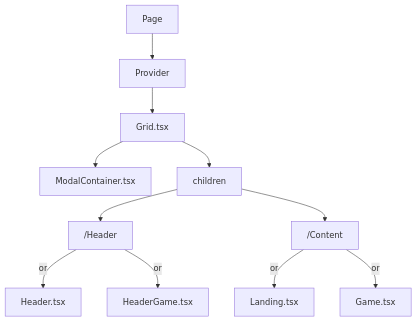
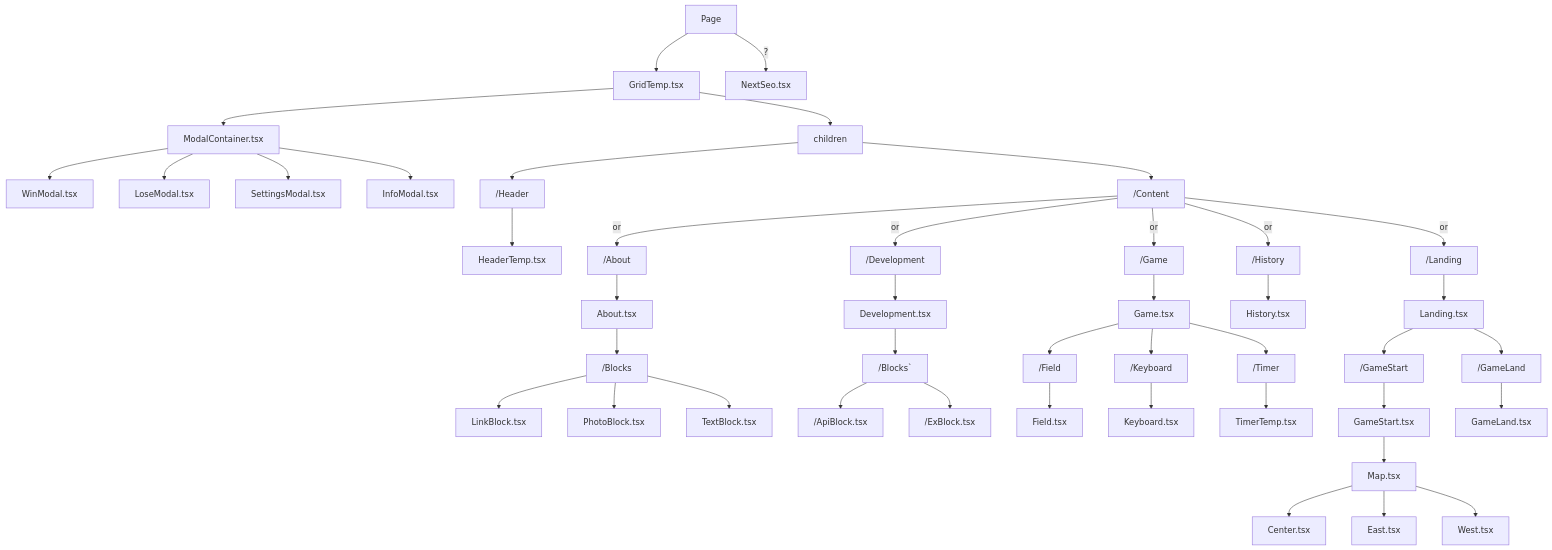
One commit to Teapotka/slovovyr changed the second of 2 diagrams in CONTRIBUTING.md. Above: the diagram before and after it, drawn with Mermaid. The commit also changed other lines of this file and 1 other file, not shown here.

````diff
--- a/CONTRIBUTING.md
+++ b/CONTRIBUTING.md
@@ -174,14 +221,46 @@
 ```mermaid
 graph TD;
-    Page-->Provider;
-    Provider-->Grid.tsx;
-    Grid.tsx-->ModalContainer.tsx;
-    Grid.tsx-->children;
+    Page-->GridTemp.tsx;
+    Page--?-->NextSeo.tsx;
+    GridTemp.tsx-->ModalContainer.tsx;
+    ModalContainer.tsx-->WinModal.tsx;
+    ModalContainer.tsx-->LoseModal.tsx;
+    ModalContainer.tsx-->SettingsModal.tsx;
+    ModalContainer.tsx-->InfoModal.tsx;
+    GridTemp.tsx-->children;
     children-->/Header;
-    /Header-- or-->Header.tsx;
-    /Header-- or-->HeaderGame.tsx;
+    /Header-->HeaderTemp.tsx;
     children-->/Content;
-    /Content-- or--> Landing.tsx;
-    /Content-- or--> Game.tsx;
+    /Content-- or--> /About;
+    /Content-- or--> /Development;
+    /Content-- or--> /Game;
+    /Content-- or--> /History;
+    /Content-- or--> /Landing;
+    /About--> About.tsx;
+    /Development--> Development.tsx;
+    /Game--> Game.tsx;
+    /History--> History.tsx;
+    /Landing--> Landing.tsx;
+    About.tsx--> /Blocks;
+    /Blocks--> LinkBlock.tsx;
+    /Blocks--> PhotoBlock.tsx;
+    /Blocks--> TextBlock.tsx;
+    Development.tsx--> /Blocks`;
+    /Blocks`--> /ApiBlock.tsx;
+    /Blocks`--> /ExBlock.tsx;
+    Game.tsx--> /Field;
+    Game.tsx--> /Keyboard;
+    Game.tsx--> /Timer;
+    /Field--> Field.tsx;
+    /Keyboard--> Keyboard.tsx;
+    /Timer--> TimerTemp.tsx;
+    Landing.tsx--> /GameStart;
+    Landing.tsx--> /GameLand;
+    /GameStart--> GameStart.tsx;
+    GameStart.tsx--> Map.tsx;
+    Map.tsx--> Center.tsx;
+    Map.tsx--> East.tsx;
+    Map.tsx--> West.tsx;
+    /GameLand--> GameLand.tsx;
 
 ```
````
